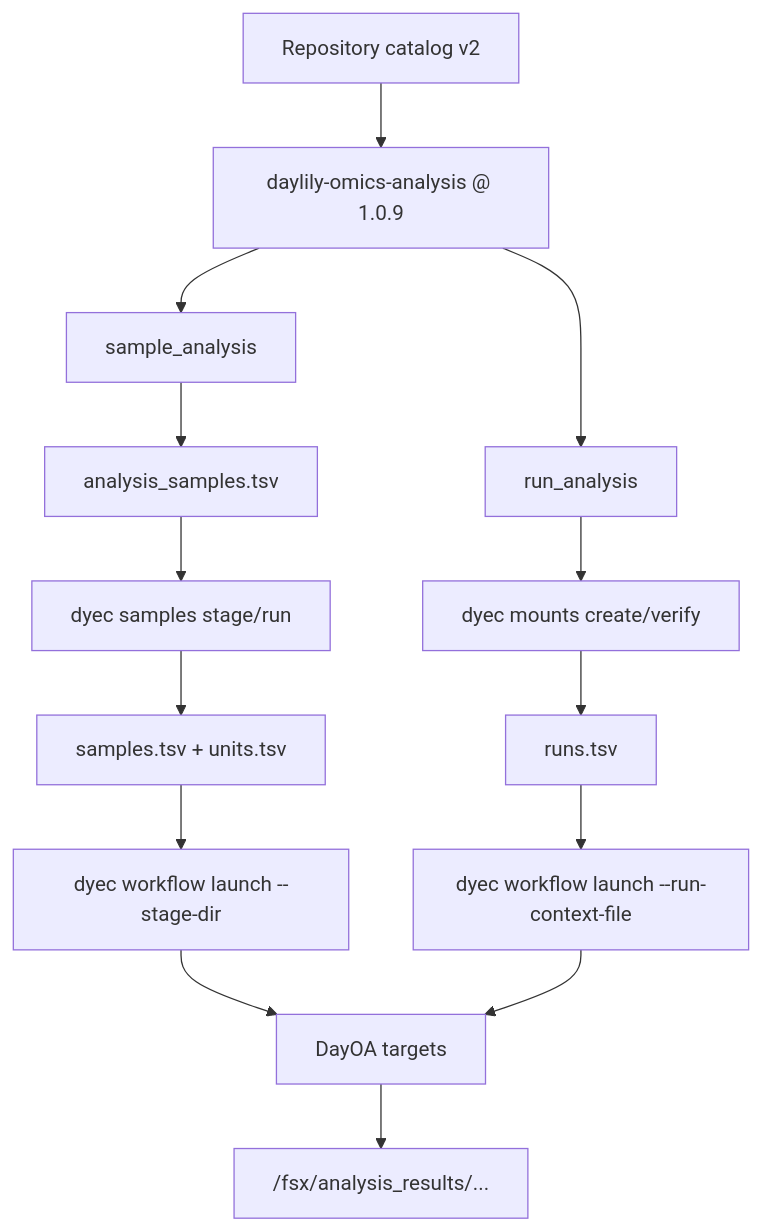
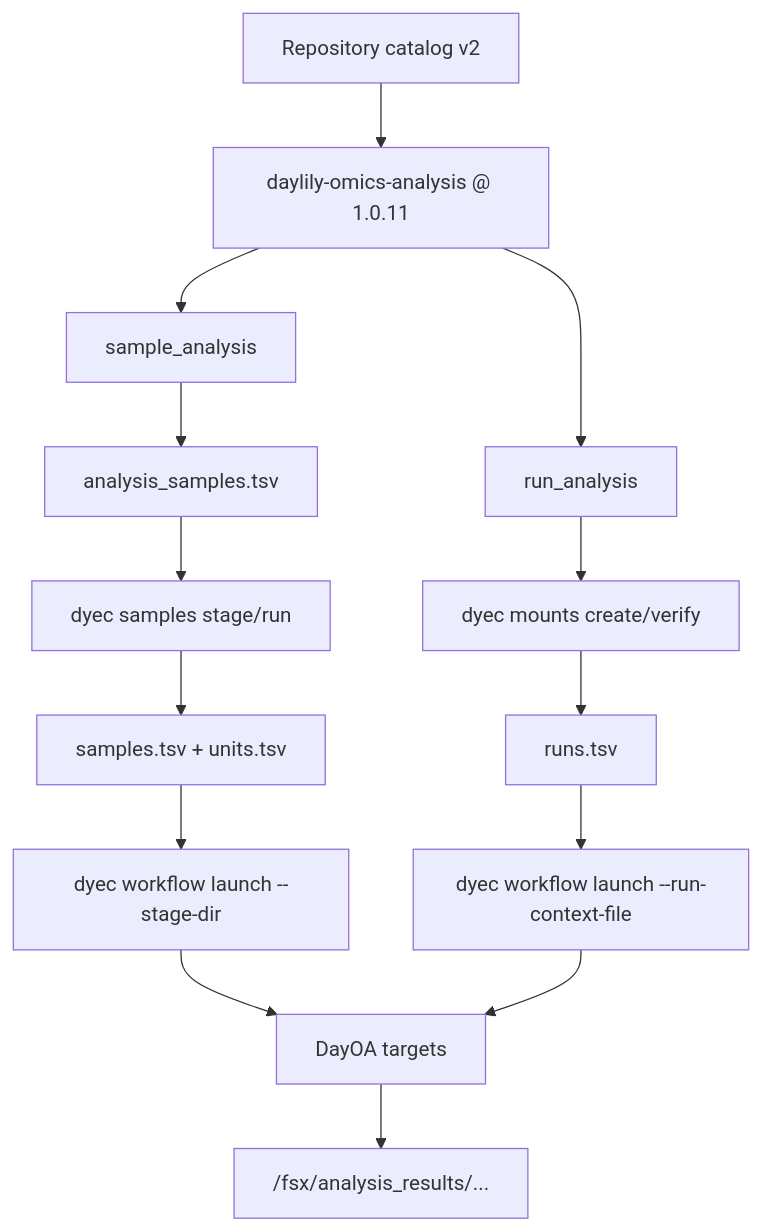
The third of 3 diagrams in docs/dra_fsx_strategy.md (Daylily-Informatics/daylily-ephemeral-cluster), drawn with Mermaid before and after one commit. The commit also changed other lines of this file and 14 other files, not shown here.

````diff
--- a/docs/dra_fsx_strategy.md
+++ b/docs/dra_fsx_strategy.md
@@ -79,19 +79,19 @@
 ```mermaid
 flowchart TB
-  Catalog["Repository catalog v2"] --> Repo["daylily-omics-analysis @ 1.0.9"]
+  Catalog["Repository catalog v2"] --> Repo["daylily-omics-analysis @ 1.0.11"]
   Repo --> Sample["sample_analysis"]
   Repo --> Run["run_analysis"]
 
   Sample --> Manifest["analysis_samples.tsv"]
   Manifest --> Stage["dyec samples stage/run"]
   Stage --> TSV["samples.tsv + units.tsv"]
   TSV --> LaunchA["dyec workflow launch --stage-dir"]
 
   Run --> Mount["dyec mounts create/verify"]
   Mount --> Runs["runs.tsv"]
   Runs --> LaunchB["dyec workflow launch --run-context-file"]
 
   LaunchA --> DayOA["DayOA targets"]
   LaunchB --> DayOA
   DayOA --> Results["/fsx/analysis_results/..."]
 ```
````
